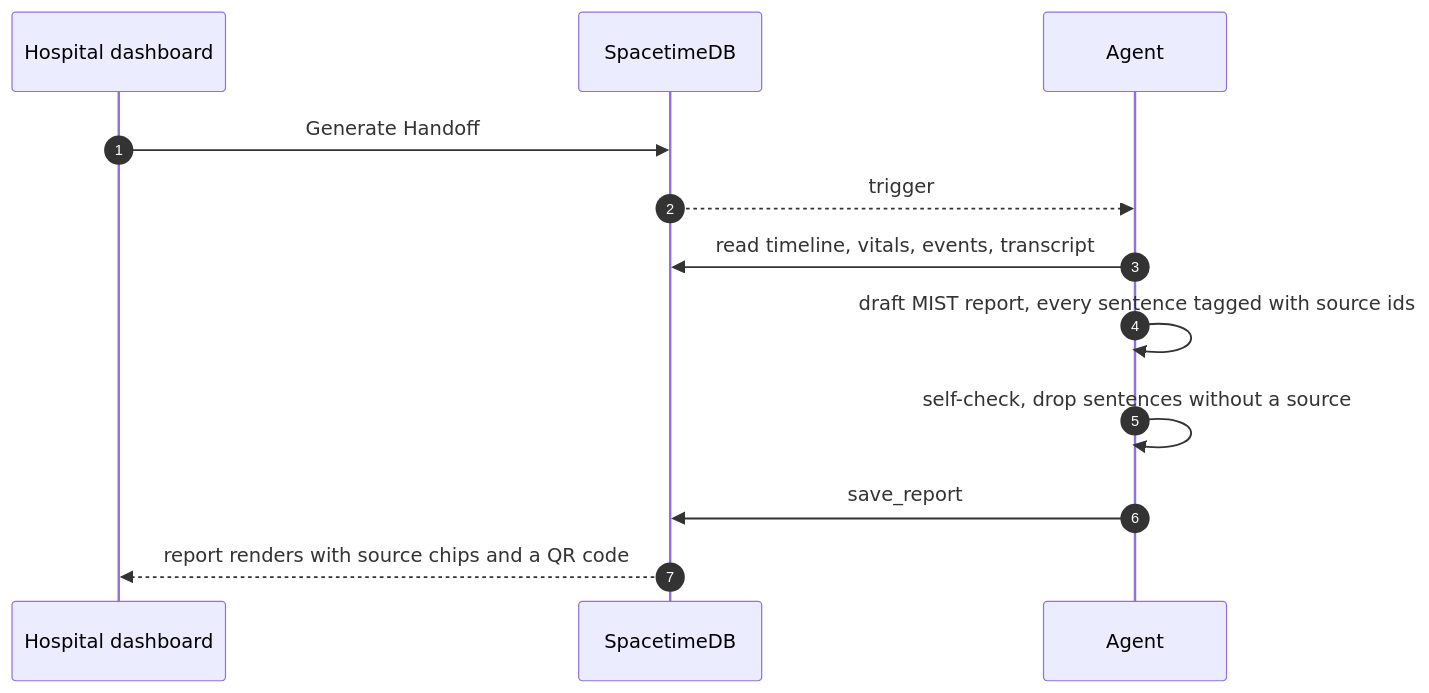
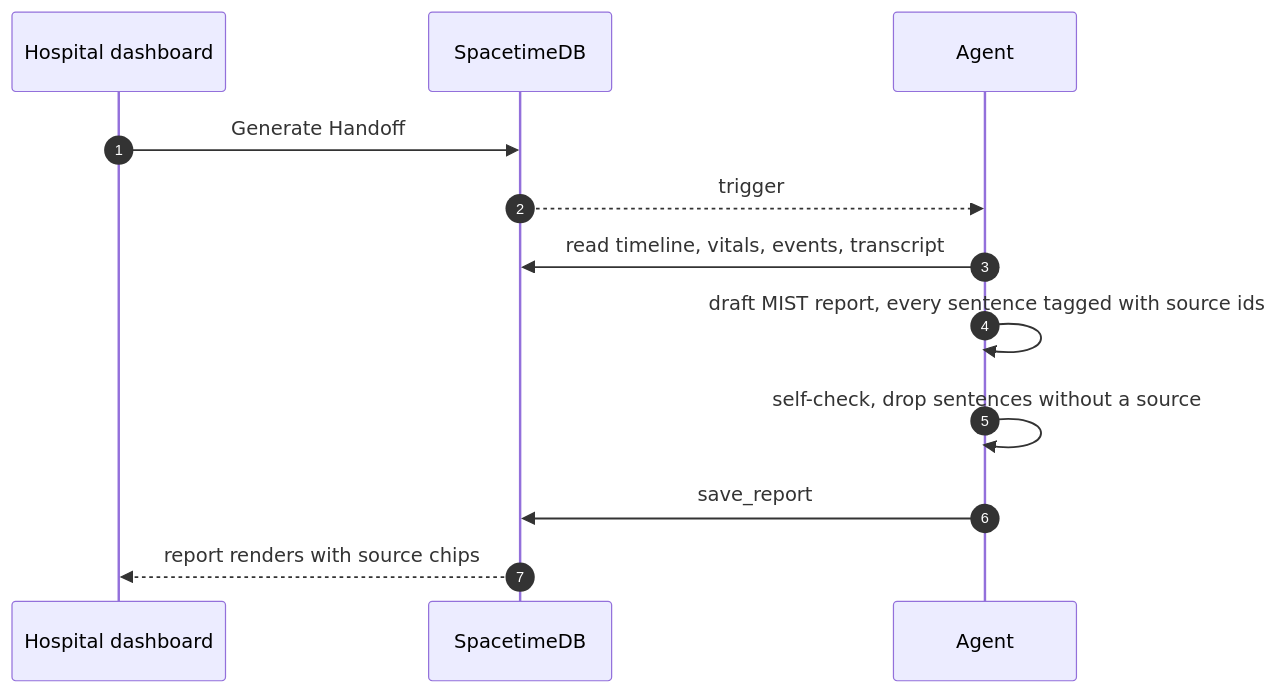
The seventh of 9 diagrams in docs/context/Handoff Product Spec (Copy).md (rishi-golla/hackutd26), drawn with Mermaid before and after one commit. The commit also changed other lines of this file and 2 other files, not shown here.

````diff
--- a/docs/context/Handoff Product Spec (Copy).md
+++ b/docs/context/Handoff Product Spec (Copy).md
@@ -998,14 +975,14 @@
 ```mermaid
 sequenceDiagram
   autonumber
   participant H as Hospital dashboard
   participant S as SpacetimeDB
   participant A as Agent
   H->>S: Generate Handoff
   S-->>A: trigger
   A->>S: read timeline, vitals, events, transcript
   A->>A: draft MIST report, every sentence tagged with source ids
   A->>A: self-check, drop sentences without a source
   A->>S: save_report
-  S-->>H: report renders with source chips and a QR code
+  S-->>H: report renders with source chips
 ```
````
